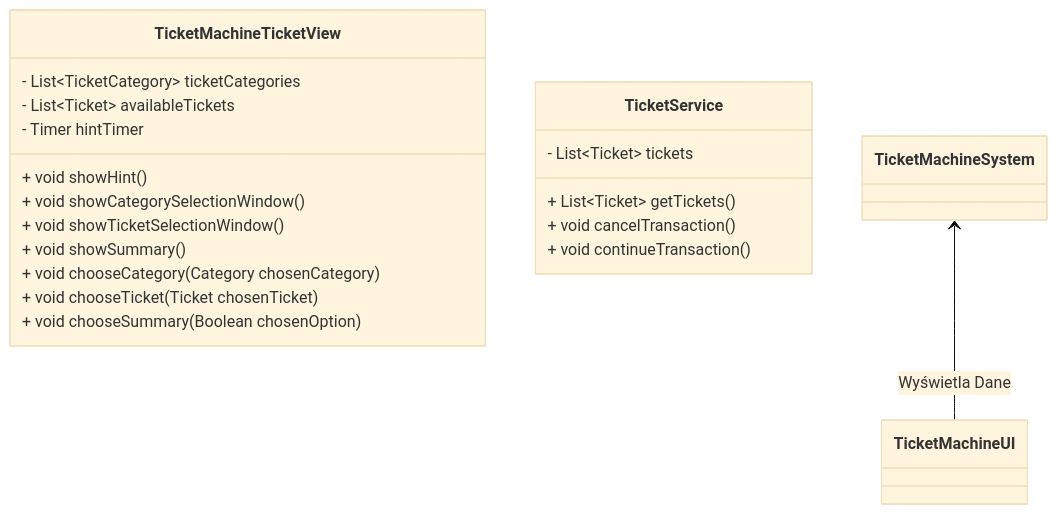
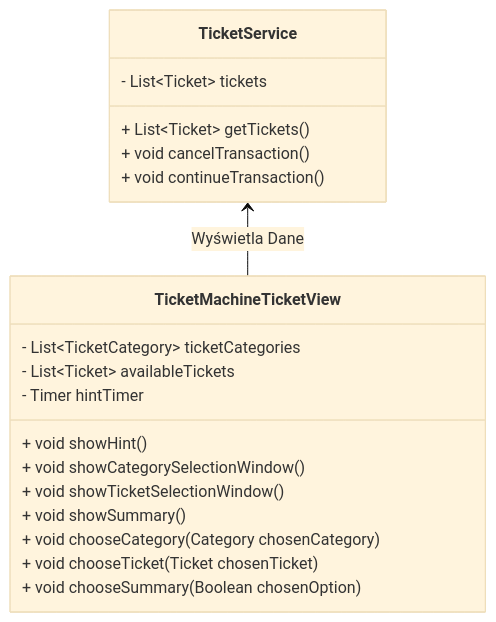
Before and after one commit to MarcinMarszewski/dowolna_nazwa: the tenth of 10 diagrams in userstories/user.md, drawn with Mermaid (base theme).

````diff
--- a/userstories/user.md
+++ b/userstories/user.md
@@ -534,26 +534,26 @@
 ```mermaid
 classDiagram
   class TicketMachineTicketView {
     - List&lt;TicketCategory> ticketCategories
     - List&lt;Ticket> availableTickets
     - Timer hintTimer
 
     + void showHint()
     + void showCategorySelectionWindow()
     + void showTicketSelectionWindow()
     + void showSummary()
 
     + void chooseCategory(Category chosenCategory)
     + void chooseTicket(Ticket chosenTicket)
     + void chooseSummary(Boolean chosenOption)
   }
 
   class TicketService {
     - List&lt;Ticket> tickets
     + List&lt;Ticket> getTickets()
     + void cancelTransaction()
     + void continueTransaction()
   }
 
-  TicketMachineSystem <-- TicketMachineUI : Wyświetla Dane
+  TicketService <-- TicketMachineTicketView : Wyświetla Dane
 ```
````
